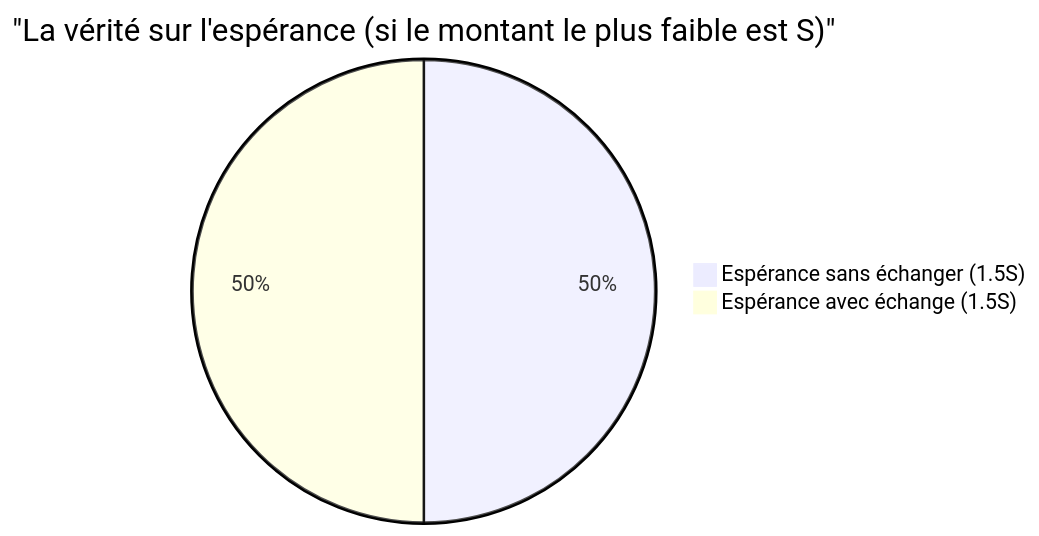
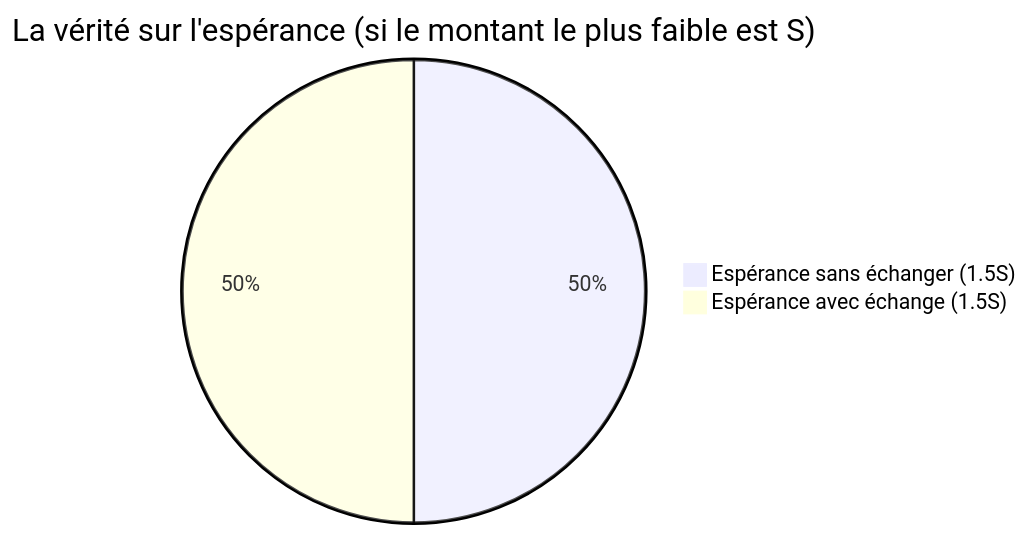
The second of 2 diagrams in content/post/2つの封筒のパラドックス/index.fr.md (kenjinote/blog), drawn with Mermaid before and after one commit. The commit also changed other lines of this file and 703 other files, not shown here.

Commit message:
Fix: Remove quotes from Mermaid link texts and timeline definitions to support Mermaid 11.4.1

````diff
--- a/content/post/2つの封筒のパラドックス/index.fr.md
+++ b/content/post/2つの封筒のパラドックス/index.fr.md
@@ -113,5 +113,5 @@
 ```mermaid
-pie title "La vérité sur l'espérance (si le montant le plus faible est S)"
+pie title La vérité sur l'espérance (si le montant le plus faible est S)
     "Espérance sans échanger (1.5S)" : 50
     "Espérance avec échange (1.5S)" : 50
 ```
````
